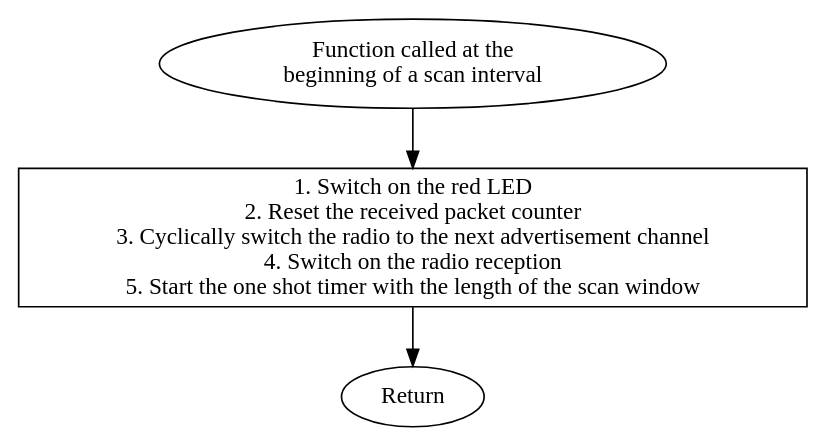
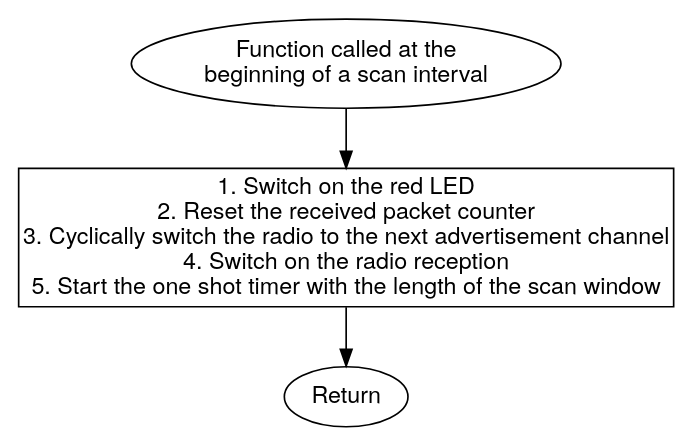
The diagram in Images/scanInterval_chart.dot (EarthLord/MasterThesisReport), drawn with Graphviz before and after one commit. The commit also changed 48 other files, not shown here.

```diff
--- a/Images/scanInterval_chart.dot
+++ b/Images/scanInterval_chart.dot
@@ -1,10 +1,10 @@
  digraph scan_interval{
-  start [shape = oval,label ="Function called at the \nbeginning of a scan interval"]
+  start [shape = oval,label ="Function called at the \nbeginning of a scan interval",fontname = "Helvetica Neue"]
  	led_on [shape = box,label ="1. Switch on the red LED
 2. Reset the received packet counter
 3. Cyclically switch the radio to the next advertisement channel
 4. Switch on the radio reception
-5. Start the one shot timer with the length of the scan window"]
- 	stop [shape = oval, label ="Return"]
+5. Start the one shot timer with the length of the scan window",fontname = "Helvetica Neue"]
+ 	stop [shape = oval, label ="Return",fontname = "Helvetica Neue"]
  	start->led_on->stop;
  }
```
